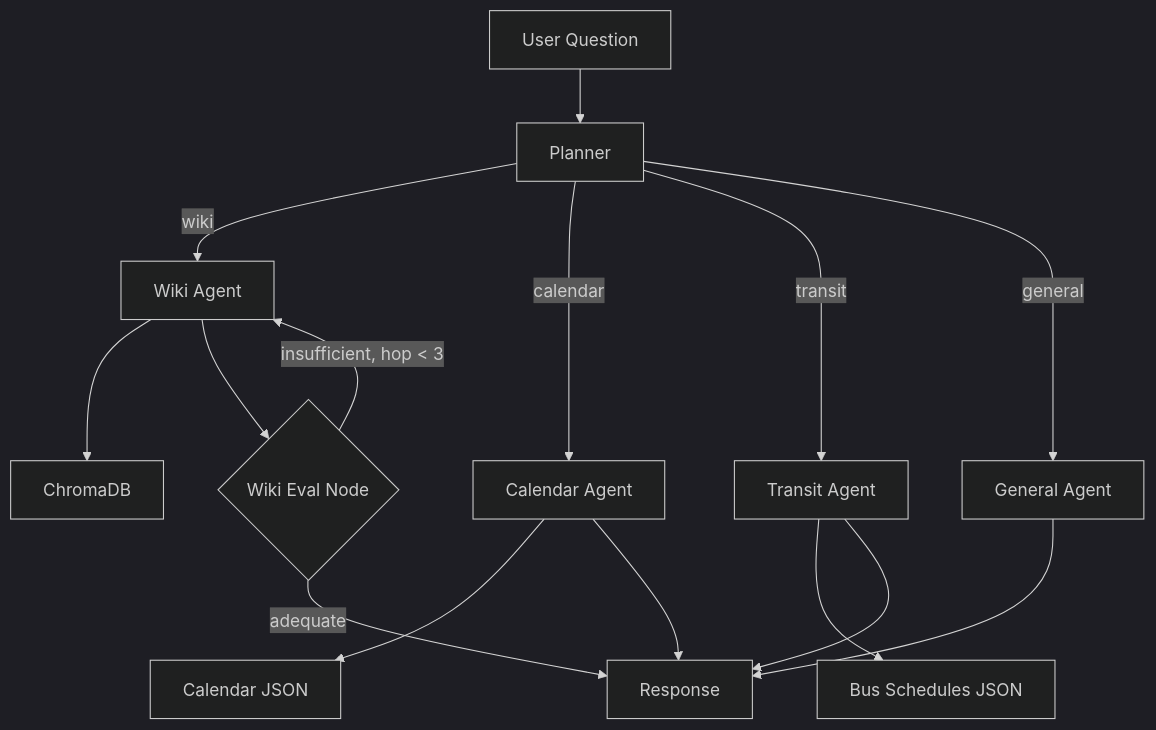
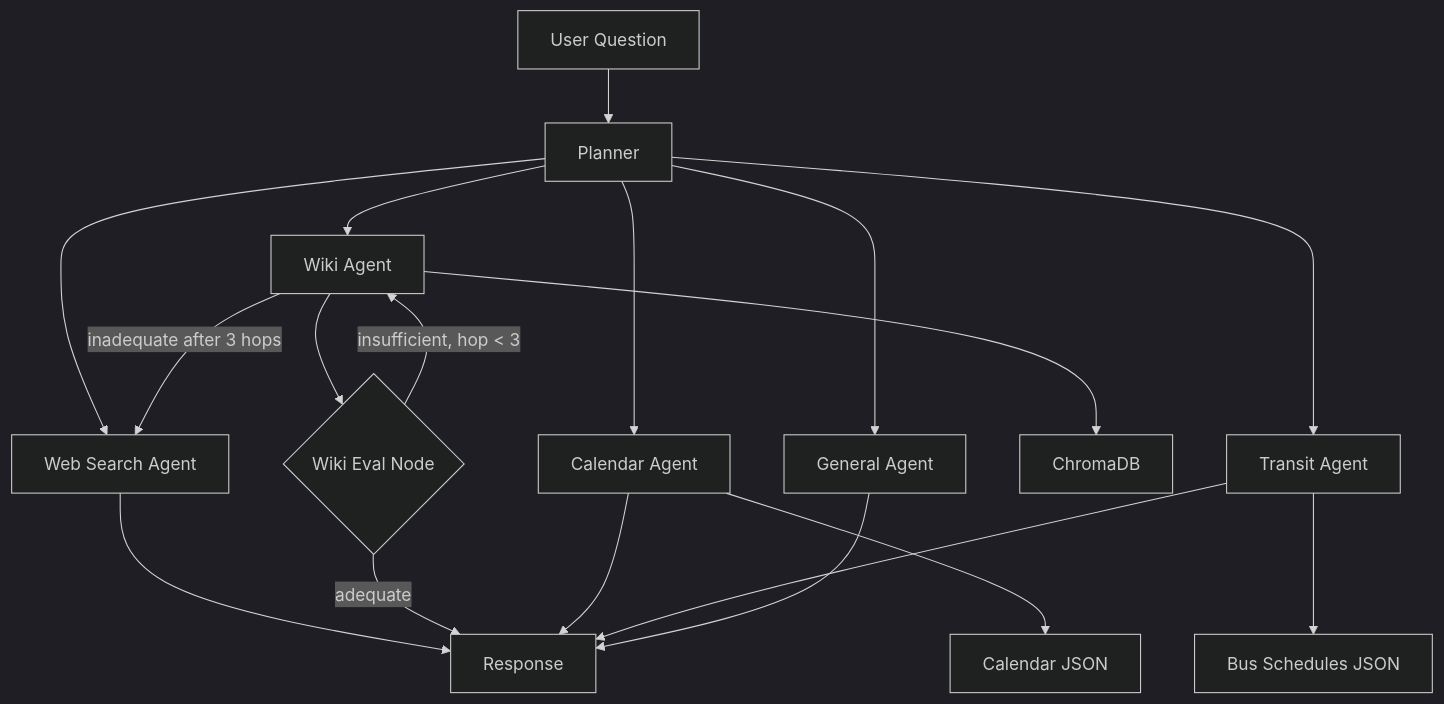
Before and after one commit to hisenberggg/OrangeBot: the diagram in README.md, drawn with Mermaid (dark theme). The commit also changed other lines of this file and 12 other files, not shown here.

First line of the commit message:
Added web search functionality

````diff
--- a/README.md
+++ b/README.md
@@ -7,17 +7,20 @@
 ```mermaid
 flowchart TD
     User[User Question] --> Planner[Planner]
-    Planner -->|wiki| Wiki[Wiki Agent]
-    Planner -->|calendar| Calendar[Calendar Agent]
-    Planner -->|transit| Transit[Transit Agent]
-    Planner -->|general| General[General Agent]
+    Planner --> Web[Web Search Agent]
+    Planner --> Wiki[Wiki Agent]
+    Planner --> Calendar[Calendar Agent]
+    Planner --> Transit[Transit Agent]
+    Planner --> General[General Agent]
+    Web --> Response
     Wiki --> ChromaDB[ChromaDB]
     Wiki --> Eval{Wiki Eval Node}
     Eval -->|"adequate"| Response[Response]
     Eval -->|"insufficient, hop < 3"| Wiki
+    Wiki -->|"inadequate after 3 hops"| Web
     Calendar --> CalJSON[Calendar JSON]
     Transit --> BusJSON[Bus Schedules JSON]
     Calendar --> Response
     Transit --> Response
     General --> Response
 ```
````
